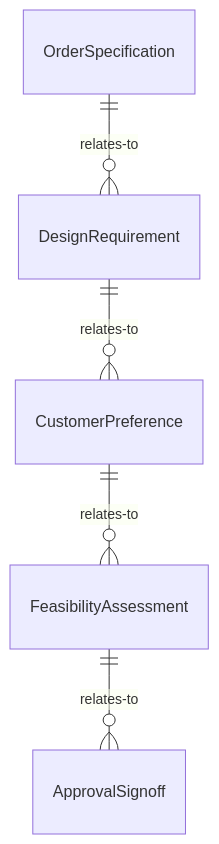
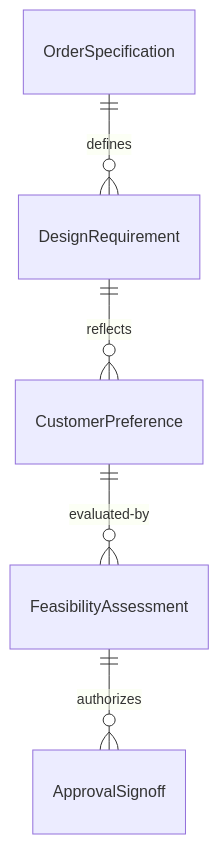
One commit to dot-org-ai/tasks.org.ai changed the first of 4 diagrams in CommunicatingWithSupervisorsPeersOrSubordinates/ConferWithClientsToDetermineNeedsOrOrderSpecifications/ConferCustomersDesignersDetermineOrder.mdx. Above: the diagram before and after it, drawn with Mermaid. The commit also changed other lines of this file and 515 other files, not shown here.

````diff
--- a/CommunicatingWithSupervisorsPeersOrSubordinates/ConferWithClientsToDetermineNeedsOrOrderSpecifications/ConferCustomersDesignersDetermineOrder.mdx
+++ b/CommunicatingWithSupervisorsPeersOrSubordinates/ConferWithClientsToDetermineNeedsOrOrderSpecifications/ConferCustomersDesignersDetermineOrder.mdx
@@ -89,7 +89,7 @@
 ```mermaid
 erDiagram
-    OrderSpecification ||--o{ DesignRequirement : relates-to
-    DesignRequirement ||--o{ CustomerPreference : relates-to
-    CustomerPreference ||--o{ FeasibilityAssessment : relates-to
-    FeasibilityAssessment ||--o{ ApprovalSignoff : relates-to
+    OrderSpecification ||--o{ DesignRequirement : defines
+    DesignRequirement ||--o{ CustomerPreference : reflects
+    CustomerPreference ||--o{ FeasibilityAssessment : evaluated-by
+    FeasibilityAssessment ||--o{ ApprovalSignoff : authorizes
 ```
````
